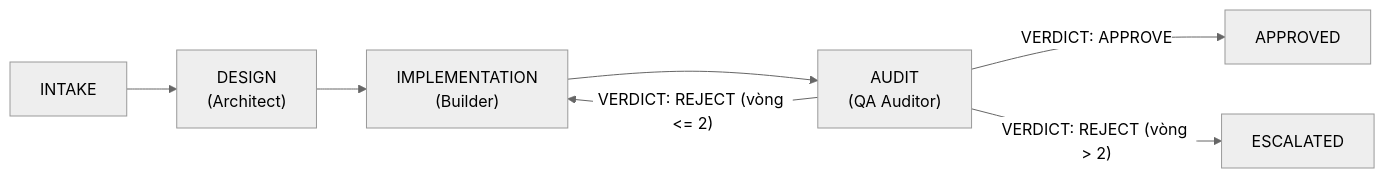
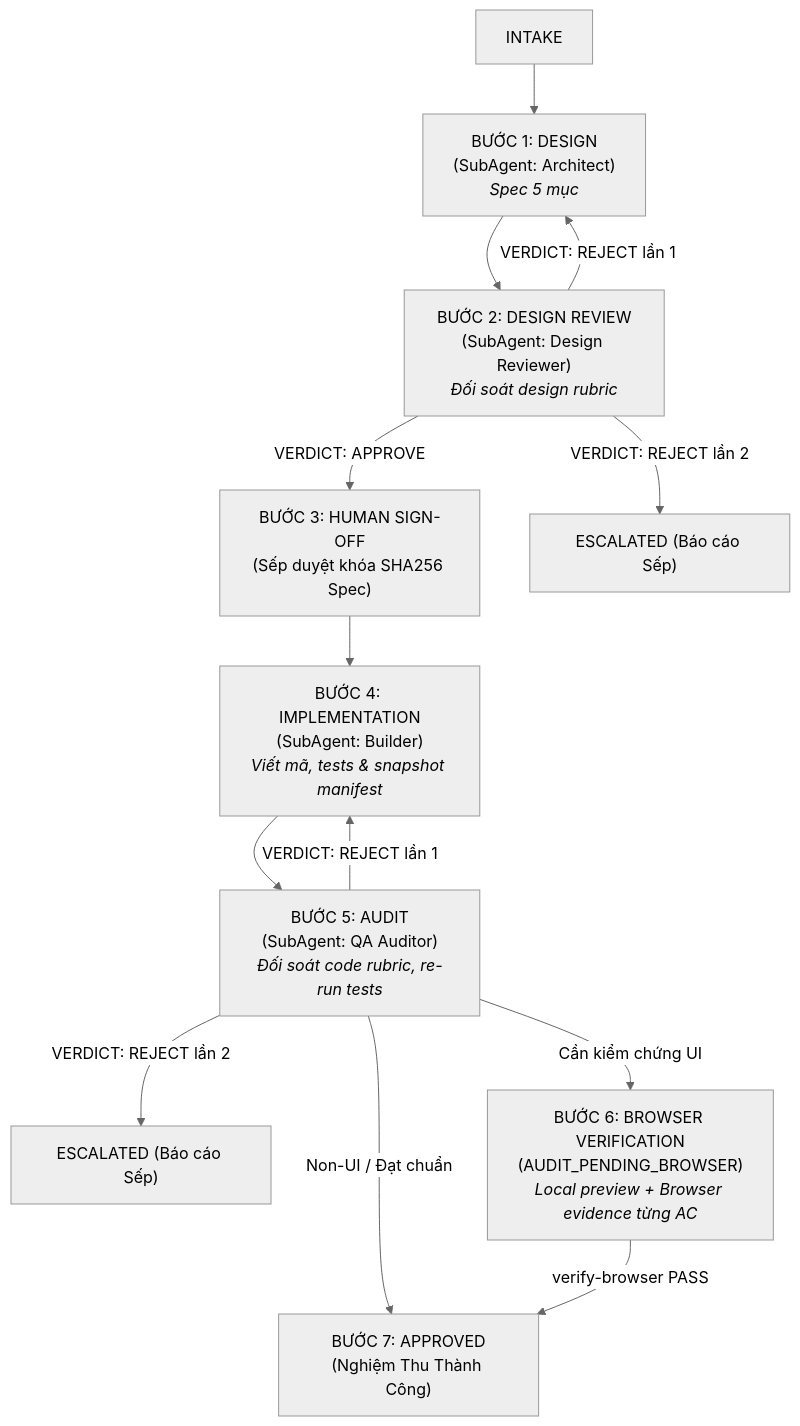
Before and after one commit to sumita-dev/Antigravity-Harness-HuB: the first of 2 diagrams in README.md, drawn with Mermaid (neutral theme). The commit also changed other lines of this file and 43 other files, not shown here.

````diff
--- a/README.md
+++ b/README.md
@@ -98,9 +111,15 @@
 ```mermaid
-flowchart LR
-    A["INTAKE"] --> B["DESIGN<br/>(Architect)"]
-    B --> C["IMPLEMENTATION<br/>(Builder)"]
-    C --> D["AUDIT<br/>(QA Auditor)"]
-    D -->|"VERDICT: APPROVE"| E["APPROVED"]
-    D -->|"VERDICT: REJECT (vòng <= 2)"| C
-    D -->|"VERDICT: REJECT (vòng > 2)"| F["ESCALATED"]
+flowchart TD
+    A["INTAKE"] --> B["BƯỚC 1: DESIGN<br/>(SubAgent: Architect)<br/><i>Spec 5 mục</i>"]
+    B --> C["BƯỚC 2: DESIGN REVIEW<br/>(SubAgent: Design Reviewer)<br/><i>Đối soát design rubric</i>"]
+    C -->|"VERDICT: APPROVE"| D["BƯỚC 3: HUMAN SIGN-OFF<br/>(Sếp duyệt khóa SHA256 Spec)"]
+    C -->|"VERDICT: REJECT lần 1"| B
+    C -->|"VERDICT: REJECT lần 2"| ESC1["ESCALATED (Báo cáo Sếp)"]
+    D --> E["BƯỚC 4: IMPLEMENTATION<br/>(SubAgent: Builder)<br/><i>Viết mã, tests & snapshot manifest</i>"]
+    E --> F["BƯỚC 5: AUDIT<br/>(SubAgent: QA Auditor)<br/><i>Đối soát code rubric, re-run tests</i>"]
+    F -->|"VERDICT: REJECT lần 1"| E
+    F -->|"VERDICT: REJECT lần 2"| ESC2["ESCALATED (Báo cáo Sếp)"]
+    F -->|"Cần kiểm chứng UI"| G["BƯỚC 6: BROWSER VERIFICATION<br/>(AUDIT_PENDING_BROWSER)<br/><i>Local preview + Browser evidence từng AC</i>"]
+    F -->|"Non-UI / Đạt chuẩn"| H["BƯỚC 7: APPROVED<br/>(Nghiệm Thu Thành Công)"]
+    G -->|"verify-browser PASS"| H
 ```
````
